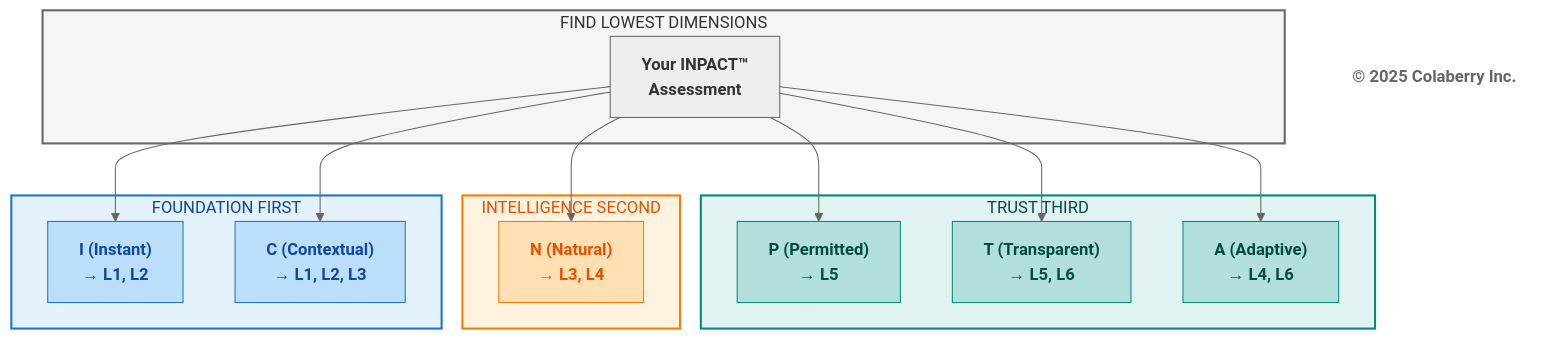
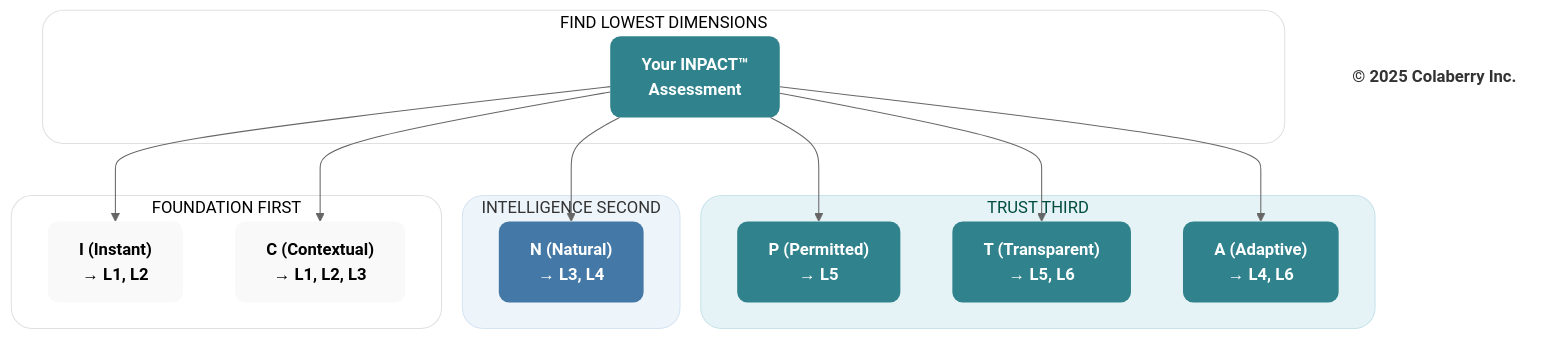
Before and after one commit to saitejesh-cyber/trust-before-intelligence-book: the sixth of 6 diagrams in manuscript/10_chapter_9_measuring_agent_readiness.md, drawn with Mermaid (neutral theme). The commit also changed other lines of this file and 7 other files, not shown here.

Commit message:
Chapter 6to13: Updated mermaid diagrams based on new colaberry color code

````diff
--- a/manuscript/10_chapter_9_measuring_agent_readiness.md
+++ b/manuscript/10_chapter_9_measuring_agent_readiness.md
@@ -600,45 +600,45 @@
 ```mermaid
 
 graph TD
     subgraph ASSESS["FIND LOWEST DIMENSIONS"]
         A["<b>Your INPACT™<br/>Assessment</b>"]
     end
 
     subgraph TRUST["TRUST THIRD"]
         T1["<b>P (Permitted)</b><br/><b>→ L5</b>"]
         T2["<b>T (Transparent)</b><br/><b>→ L5, L6</b>"]
         T3["<b>A (Adaptive)</b><br/><b>→ L4, L6</b>"]
     end
 
     subgraph INTEL["INTELLIGENCE SECOND"]
         I1["<b>N (Natural)</b><br/><b>→ L3, L4</b>"]
     end
 
     subgraph FOUND["FOUNDATION FIRST"]
         F1["<b>I (Instant)</b><br/><b>→ L1, L2</b>"]
         F2["<b>C (Contextual)</b><br/><b>→ L1, L2, L3</b>"]
     end
 
     A --> F1
     A --> F2
     A --> I1
     A --> T1
     A --> T2
     A --> T3
 
     Copyright["<b>© 2025 Colaberry Inc.</b>"]
 
-    style ASSESS fill:#f5f5f5,stroke:#666666,stroke-width:2px,color:#333333
-    style FOUND fill:#e3f2fd,stroke:#1976d2,stroke-width:2px,color:#0d47a1
-    style INTEL fill:#fff3e0,stroke:#f57c00,stroke-width:2px,color:#e65100
-    style TRUST fill:#e0f2f1,stroke:#00897b,stroke-width:2px,color:#004d40
-    style A fill:#eeeeee,stroke:#666666,color:#333333
-    style F1 fill:#bbdefb,stroke:#1976d2,color:#0d47a1
-    style F2 fill:#bbdefb,stroke:#1976d2,color:#0d47a1
-    style I1 fill:#ffe0b2,stroke:#f57c00,color:#e65100
-    style T1 fill:#b2dfdb,stroke:#00897b,color:#004d40
-    style T2 fill:#b2dfdb,stroke:#00897b,color:#004d40
-    style T3 fill:#b2dfdb,stroke:#00897b,color:#004d40
-    style Copyright fill:#ffffff,stroke:none,color:#666666
+    style ASSESS fill:#ffffff,stroke:#e0e0e0,stroke-width:1px,color:#000000,rx:20,ry:20
+    style FOUND fill:#ffffff,stroke:#e0e0e0,stroke-width:1px,color:#000000,rx:20,ry:20
+    style INTEL fill:#edf4fa,stroke:#d6e4f2,stroke-width:1px,color:#333333,rx:20,ry:20
+    style TRUST fill:#e6f3f6,stroke:#c7e3ea,stroke-width:1px,color:#004d40,rx:20,ry:20
+    style A fill:#30838C,stroke:none,color:#ffffff,rx:10,ry:10
+    style F1 fill:#f9f9f9,stroke:none,color:#000000,rx:10,ry:10
+    style F2 fill:#f9f9f9,stroke:none,color:#000000,rx:10,ry:10
+    style I1 fill:#4478A6,stroke:none,color:#ffffff,rx:10,ry:10
+    style T1 fill:#30838C,stroke:none,color:#ffffff,rx:10,ry:10
+    style T2 fill:#30838C,stroke:none,color:#ffffff,rx:10,ry:10
+    style T3 fill:#30838C,stroke:none,color:#ffffff,rx:10,ry:10
+    style Copyright fill:none,stroke:none,color:#333333
 
 ```
````
